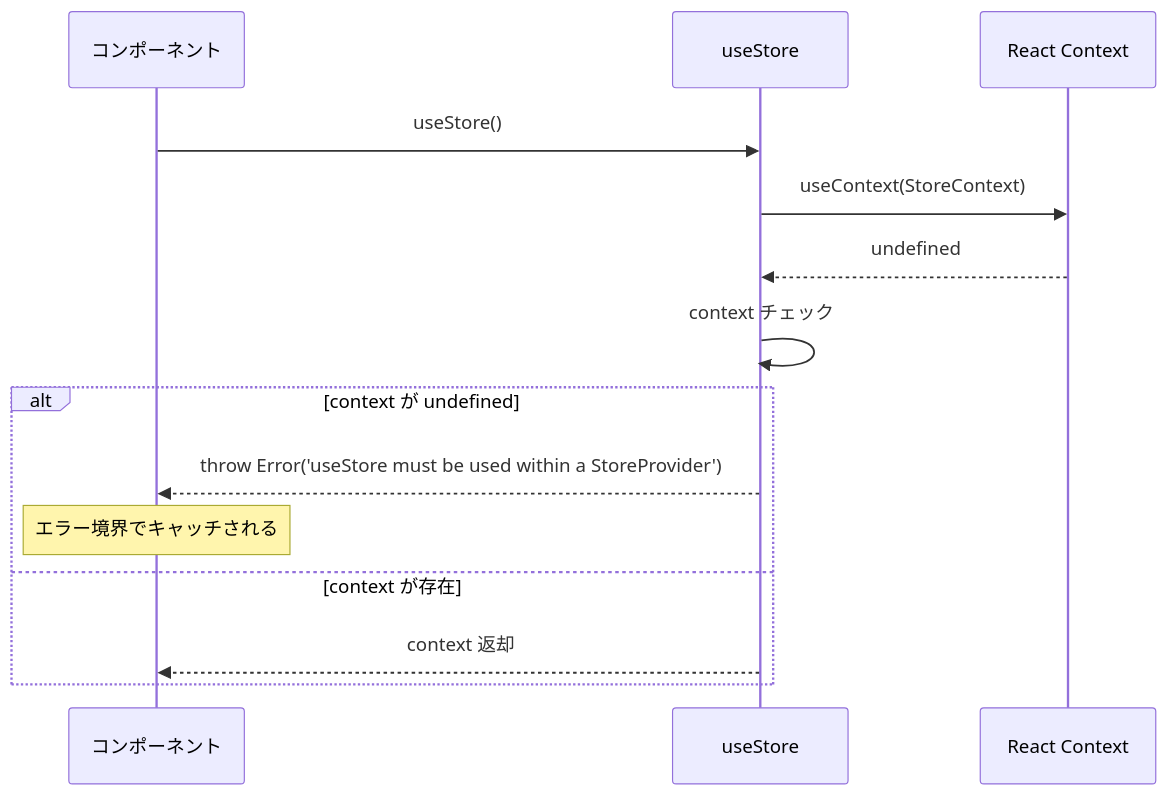
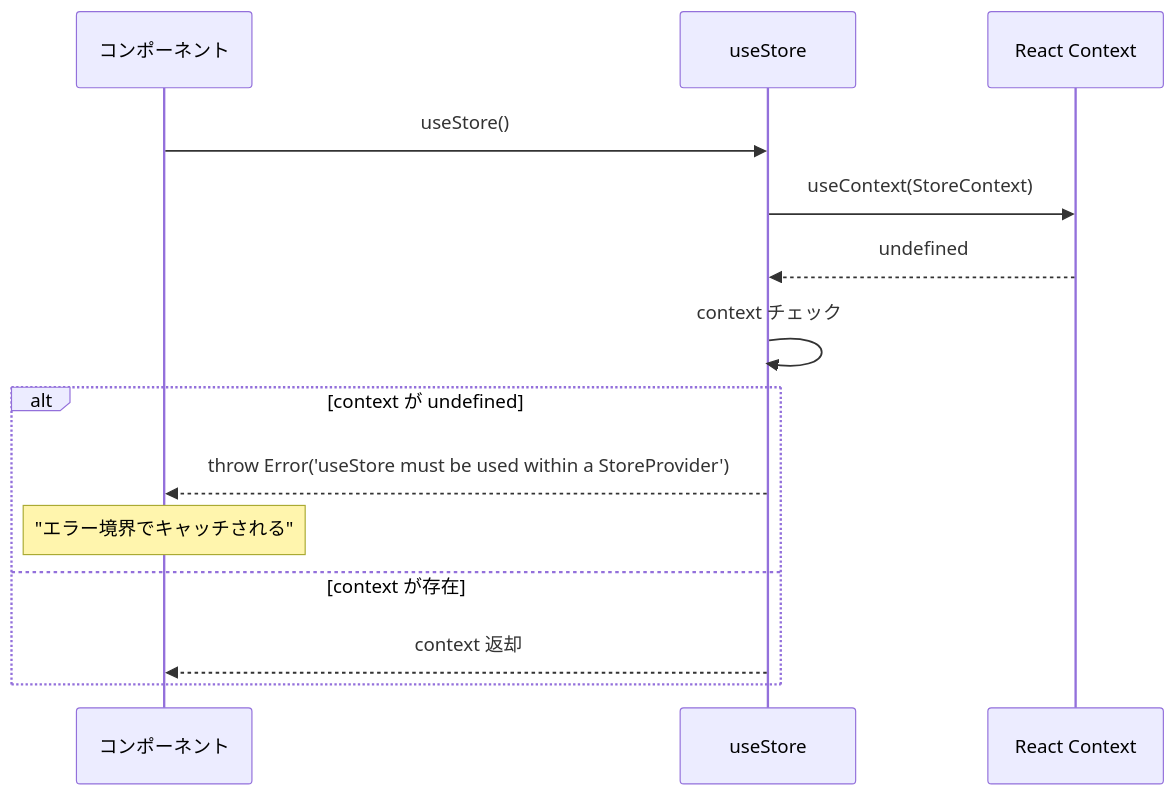
The seventh of 7 diagrams in document/contexts/sequence/store.md (wasabi49/ocs-systemDevelopmentExercises), drawn with Mermaid before and after one commit. The commit also changed other lines of this file and 42 other files, not shown here.

First line of the commit message:
fix: mermaidシーケンス図のNote over文でダブルクォーテーション不足を修正

````diff
--- a/document/contexts/sequence/store.md
+++ b/document/contexts/sequence/store.md
@@ -138,19 +138,19 @@
 ```mermaid
 sequenceDiagram
     participant Component as コンポーネント
     participant Hook as useStore
     participant Context as React Context
 
     Component->>Hook: useStore()
     Hook->>Context: useContext(StoreContext)
     Context-->>Hook: undefined
     
     Hook->>Hook: context チェック
     
     alt context が undefined
         Hook-->>Component: throw Error('useStore must be used within a StoreProvider')
-        Note over Component: エラー境界でキャッチされる
+        Note over Component: "エラー境界でキャッチされる"
     else context が存在
         Hook-->>Component: context 返却
     end
 ```
````
